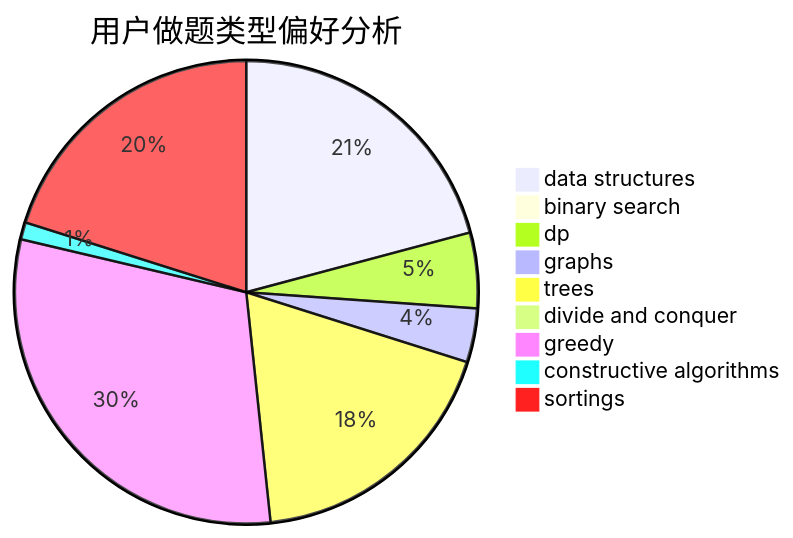
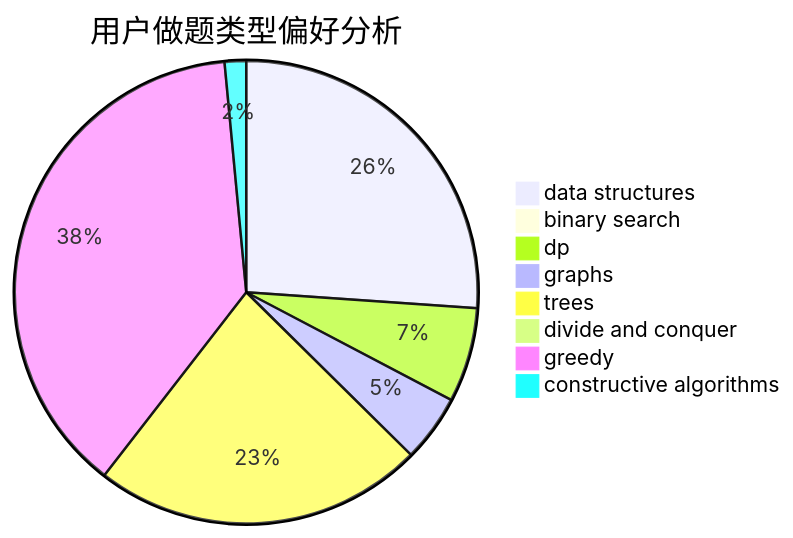
Before and after one commit to sherpahu/cfrs.github.io: the second of 3 diagrams in docs/user/u2463.md, drawn with Mermaid. The commit also changed other lines of this file and 2769 other files, not shown here.

````diff
--- a/docs/user/u2463.md
+++ b/docs/user/u2463.md
@@ -18,12 +18,11 @@
 ```mermaid
 pie title 用户做题类型偏好分析
     "data structures" :  261
     "binary search" :  0
     "dp" :  66
     "graphs" :  47
     "trees" :  231
     "divide and conquer" :  0
     "greedy" :  380
     "constructive algorithms" :  15
-    "sortings" :  252
 ```
````
